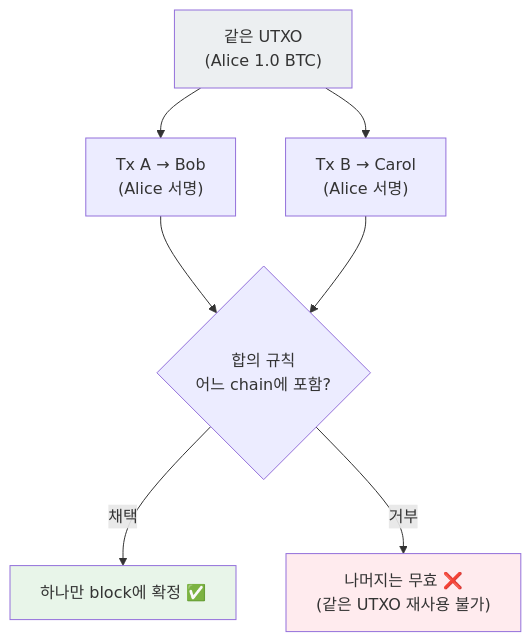
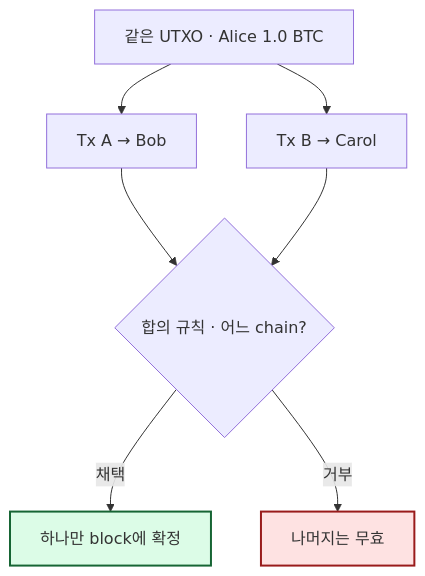
One commit to KMUTMU/information-security changed the third of 5 diagrams in 08_블록체인_Shamir_정리.md. Above: the diagram before and after it, drawn with Mermaid. The commit also changed other lines of this file and 5 other files, not shown here.

Commit message:
Mermaid 다이어그램 가독성 개선: 짧은 라벨·이모지 제거·색상 최소화

````diff
--- a/08_블록체인_Shamir_정리.md
+++ b/08_블록체인_Shamir_정리.md
@@ -92,12 +84,13 @@
 ```mermaid
 flowchart TB
-    U["같은 UTXO<br/>(Alice 1.0 BTC)"] --> A["Tx A → Bob<br/>(Alice 서명)"]
-    U --> B["Tx B → Carol<br/>(Alice 서명)"]
-    A --> C{"합의 규칙<br/>어느 chain에 포함?"}
+    U["같은 UTXO · Alice 1.0 BTC"] --> A["Tx A → Bob"]
+    U --> B["Tx B → Carol"]
+    A --> C{"합의 규칙 · 어느 chain?"}
     B --> C
-    C -->|채택| OK["하나만 block에 확정 ✅"]
-    C -->|거부| X["나머지는 무효 ❌<br/>(같은 UTXO 재사용 불가)"]
-    style U fill:#eceff1
-    style OK fill:#e8f5e9
-    style X fill:#ffebee
+    C -->|채택| OK["하나만 block에 확정"]
+    C -->|거부| X["나머지는 무효"]
+    classDef ok fill:#dcfce7,stroke:#166534,stroke-width:2px
+    classDef bad fill:#fee2e2,stroke:#991b1b,stroke-width:2px
+    class OK ok
+    class X bad
 ```
````
